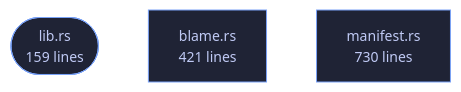
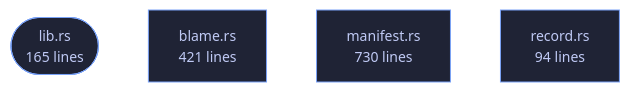
Before and after one commit to tilas01/veilvoice: the diagram in crates/veilvoice-guard/README.md, drawn with Mermaid. The commit also changed other lines of this file and 115 other files, not shown here.

````diff
--- a/crates/veilvoice-guard/README.md
+++ b/crates/veilvoice-guard/README.md
@@ -103,10 +107,12 @@
 ```mermaid
 %%{init: {"theme":"base","themeVariables":{"background":"#1a1b26","primaryColor":"#1f2335","primaryTextColor":"#c0caf5","primaryBorderColor":"#7aa2f7","secondaryColor":"#16161e","tertiaryColor":"#16161e","lineColor":"#737aa2","textColor":"#c0caf5","mainBkg":"#1f2335","nodeBorder":"#7aa2f7","clusterBkg":"#16161e","clusterBorder":"#2f3549","fontFamily":"ui-monospace, SFMono-Regular, Consolas, monospace","fontSize":"14px"}}}%%
 flowchart TD
-    n_lib(["lib.rs<br/>159 lines"])
+    n_lib(["lib.rs<br/>165 lines"])
     n_blame["blame.rs<br/>421 lines"]
     n_manifest["manifest.rs<br/>730 lines"]
+    n_record["record.rs<br/>94 lines"]
     click n_lib href "https://github.com/tilas01/veilvoice/blob/main/crates/veilvoice-guard/src/lib.rs" "open the source"
     click n_blame href "https://github.com/tilas01/veilvoice/blob/main/crates/veilvoice-guard/src/blame.rs" "open the source"
     click n_manifest href "https://github.com/tilas01/veilvoice/blob/main/crates/veilvoice-guard/src/manifest.rs" "open the source"
+    click n_record href "https://github.com/tilas01/veilvoice/blob/main/crates/veilvoice-guard/src/record.rs" "open the source"
 ```
````
